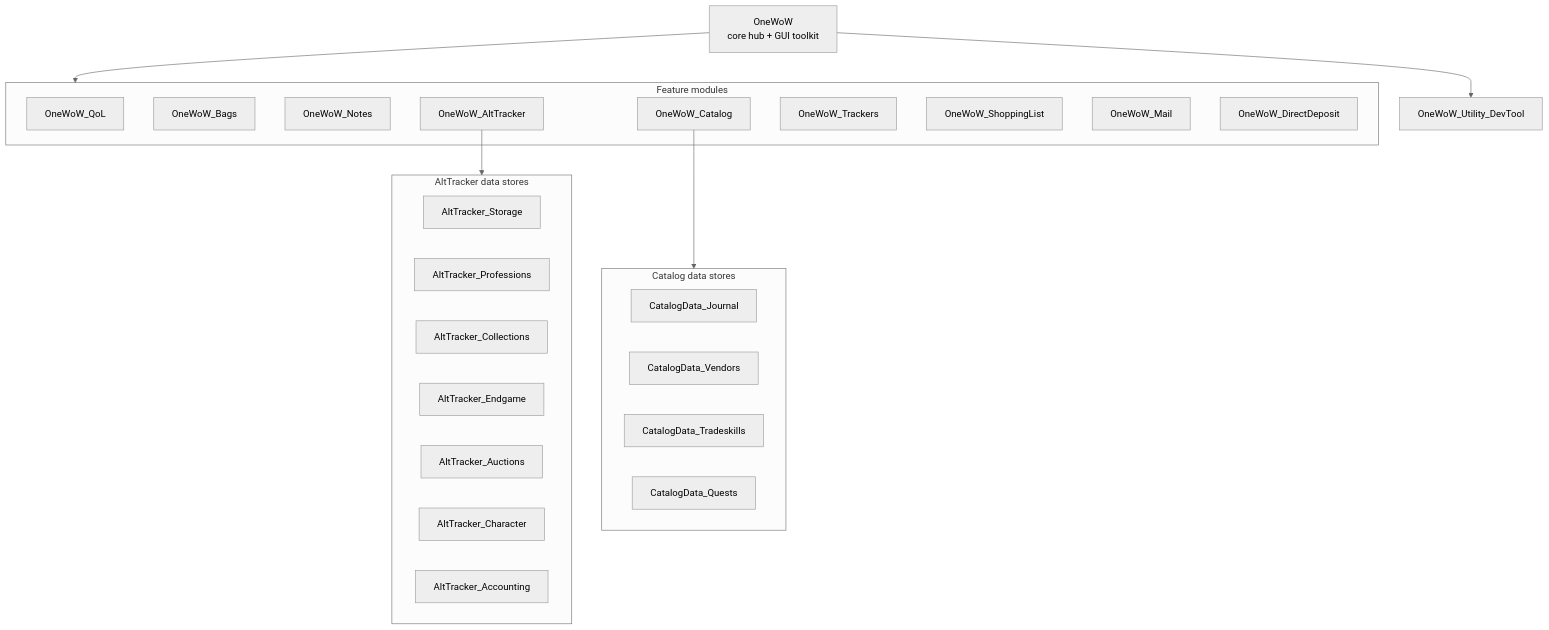
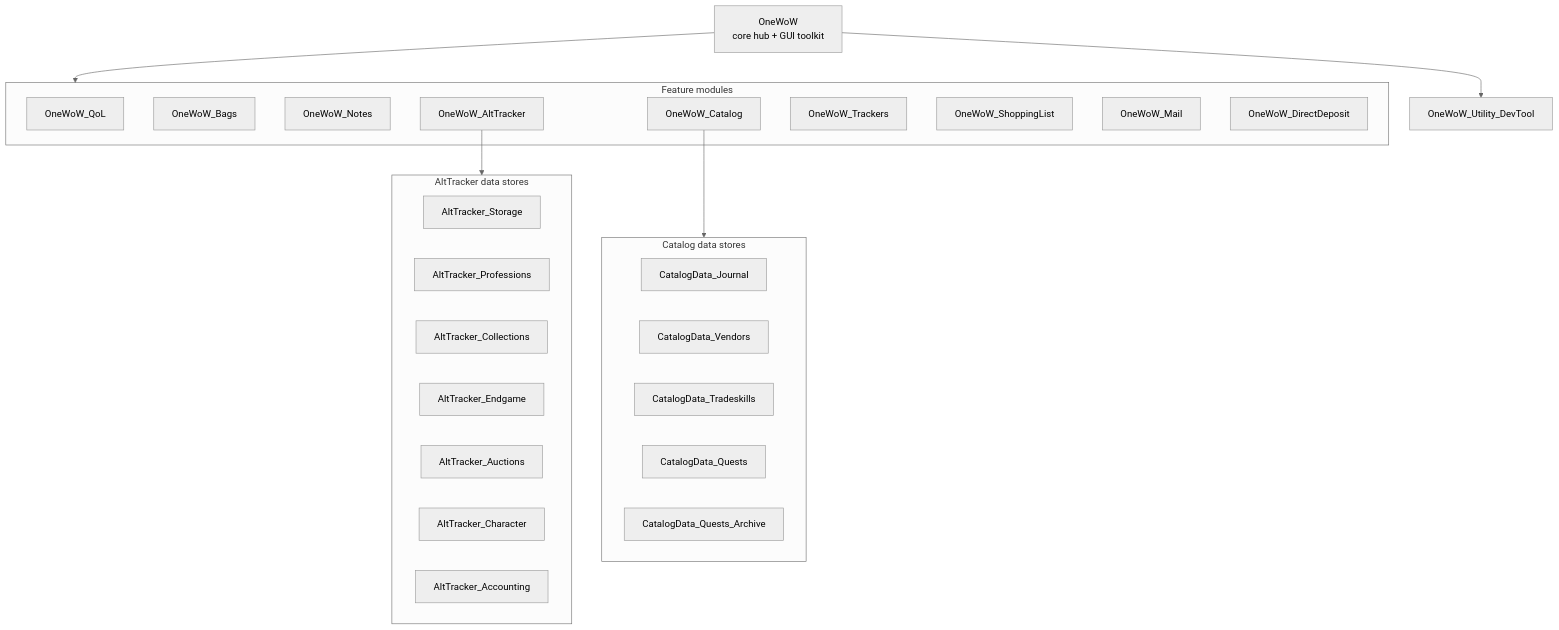
Before and after one commit to MichinMigugin/OneWoW_Suite: the diagram in README.md, drawn with Mermaid (neutral theme). The commit also changed other lines of this file and 113 other files, not shown here.

````diff
--- a/README.md
+++ b/README.md
@@ -24,39 +24,40 @@
 ```mermaid
 flowchart TB
     OW["OneWoW<br/>core hub + GUI toolkit"]
 
     subgraph Features["Feature modules"]
         QoL[OneWoW_QoL]
         Bags[OneWoW_Bags]
         Notes[OneWoW_Notes]
         Alt[OneWoW_AltTracker]
         Catalog[OneWoW_Catalog]
         Trackers[OneWoW_Trackers]
         Shop[OneWoW_ShoppingList]
         Mail[OneWoW_Mail]
         DD[OneWoW_DirectDeposit]
     end
     OW --> Features
 
     subgraph CatalogData["Catalog data stores"]
         CDJ[CatalogData_Journal]
         CDV[CatalogData_Vendors]
         CDT[CatalogData_Tradeskills]
         CDQ[CatalogData_Quests]
+        CDQA[CatalogData_Quests_Archive]
     end
     Catalog --> CatalogData
 
     subgraph AltData["AltTracker data stores"]
         AltS[AltTracker_Storage]
         AltP[AltTracker_Professions]
         AltC[AltTracker_Collections]
         AltE[AltTracker_Endgame]
         AltA[AltTracker_Auctions]
         AltCh[AltTracker_Character]
         AltAc[AltTracker_Accounting]
     end
     Alt --> AltData
 
     DevTool[OneWoW_Utility_DevTool]
     OW --> DevTool
 ```
````
